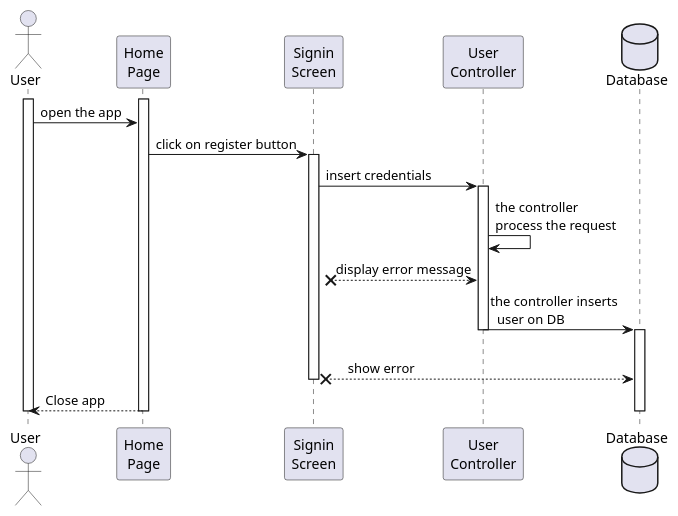
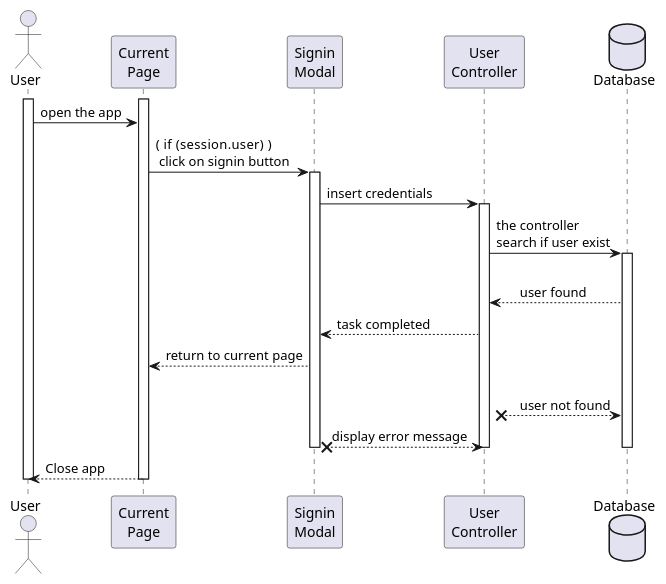
The diagram in app-diagrams/sequence/user/signin.wsd (TommasoScalici/BnB), drawn with PlantUML before and after one commit. The commit also changed 1 other file, not shown here.

Commit message:
fix sequence diagrams: signin, signup

```diff
--- a/app-diagrams/sequence/user/signin.wsd
+++ b/app-diagrams/sequence/user/signin.wsd
@@ -1,32 +1,34 @@
-@startuml register
+@startuml signin
 
 actor User
-participant "Home\nPage" as HomePage
-participant "Signin\nScreen" as SigninModal
+participant "Current\nPage" as CurrentPage
+participant "Signin\nModal" as SigninModal
 participant "User\nController" as UserController
 database Database
 
 activate User
-    activate HomePage
-        User -> HomePage: open the app
-        HomePage -> SigninModal: click on register button
+    activate CurrentPage
+        User -> CurrentPage: open the app
+        CurrentPage -> SigninModal: (  if (session.user)  )\n click on signin button
     
 
     activate SigninModal
         SigninModal -> UserController: insert credentials
         activate UserController
-        UserController -> UserController: the controller\nprocess the request
+        UserController -> Database: the controller\nsearch if user exist
+        activate Database
+        UserController <-- Database : \n    user found
+        SigninModal <-- UserController: task completed
+        CurrentPage <-- SigninModal: return to current page
+        UserController x-- Database : \n    user not found
         SigninModal x-- UserController: display error message
-        UserController -> Database: the controller inserts\n  user on DB
+        deactivate Database
         deactivate UserController
 
-        activate Database
-        SigninModal x-- Database : \n     show error
     deactivate SigninModal
     
-    User <-- HomePage: Close app
-    deactivate HomePage
-    deactivate Database
+    User <-- CurrentPage: Close app
+    deactivate CurrentPage
 deactivate User
 
 @enduml
```
